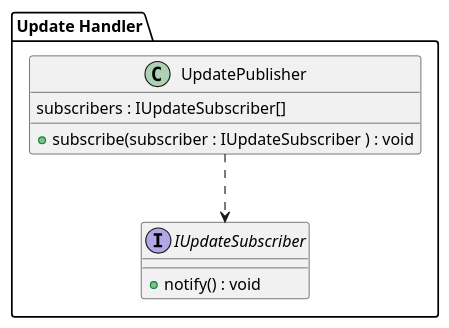
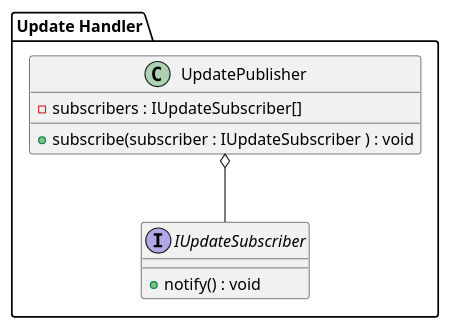
Before and after one commit to Pending-Name-21/arquitecture: the diagram in uml/frontend-software-system/update-handler.puml, drawn with PlantUML.

Commit message:
refactor: updated update handler relationships
UpdatePublisher has an agregation relationship with IUpdateSubscriber
because its composition creates the whole UpdatePublisher.

```diff
--- a/uml/frontend-software-system/update-handler.puml
+++ b/uml/frontend-software-system/update-handler.puml
@@ -1,13 +1,13 @@
 @startuml
 package "Update Handler" {
   interface IUpdateSubscriber {
     +notify() : void
   }
 
   class UpdatePublisher {
-    subscribers : IUpdateSubscriber[]
+    -subscribers : IUpdateSubscriber[]
     +subscribe(subscriber : IUpdateSubscriber ) : void
   }
-  UpdatePublisher ..> IUpdateSubscriber
+  UpdatePublisher o-- IUpdateSubscriber
 }
 @enduml
```
